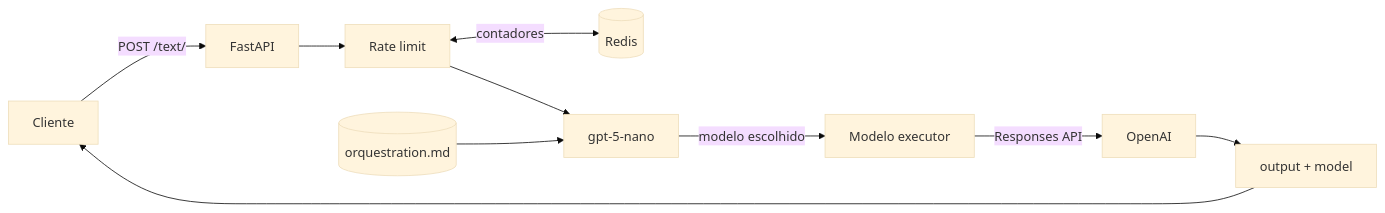
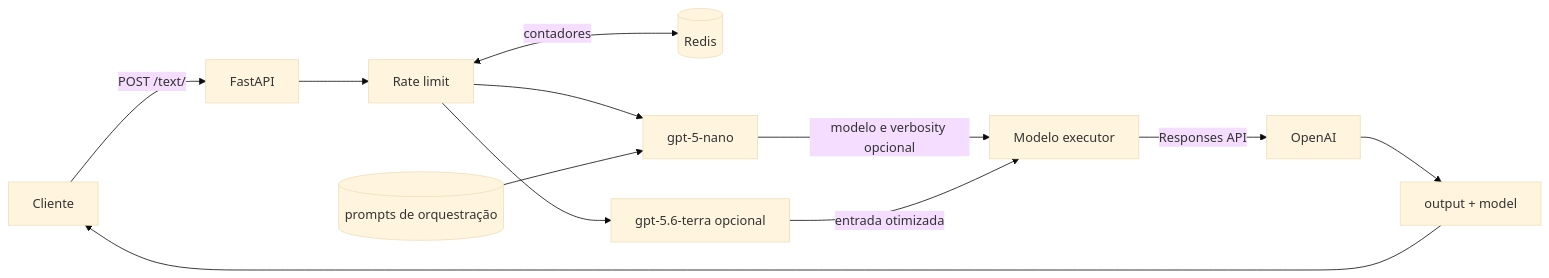
The first of 2 diagrams in README.md (BrayanDevZN/AiAgenteSelector), drawn with Mermaid (base theme) before and after one commit. The commit also changed other lines of this file, not shown here.

First line of the commit message:
docs: update README for verbosity flow

````diff
--- a/README.md
+++ b/README.md
@@ -98,12 +106,14 @@
 ```mermaid
 flowchart LR
     Client[Cliente] -->|POST /text/| API[FastAPI]
     API --> Middleware[Rate limit]
     Middleware <-->|contadores| Redis[(Redis)]
     Middleware --> Router[gpt-5-nano]
-    Prompt[(orquestration.md)] --> Router
-    Router -->|modelo escolhido| Executor[Modelo executor]
+    Middleware --> Optimizer[gpt-5.6-terra opcional]
+    Prompt[(prompts de orquestração)] --> Router
+    Router -->|modelo e verbosity opcional| Executor[Modelo executor]
+    Optimizer -->|entrada otimizada| Executor
     Executor -->|Responses API| OpenAI[OpenAI]
     OpenAI --> Result[output + model]
     Result --> Client
 ```
````
